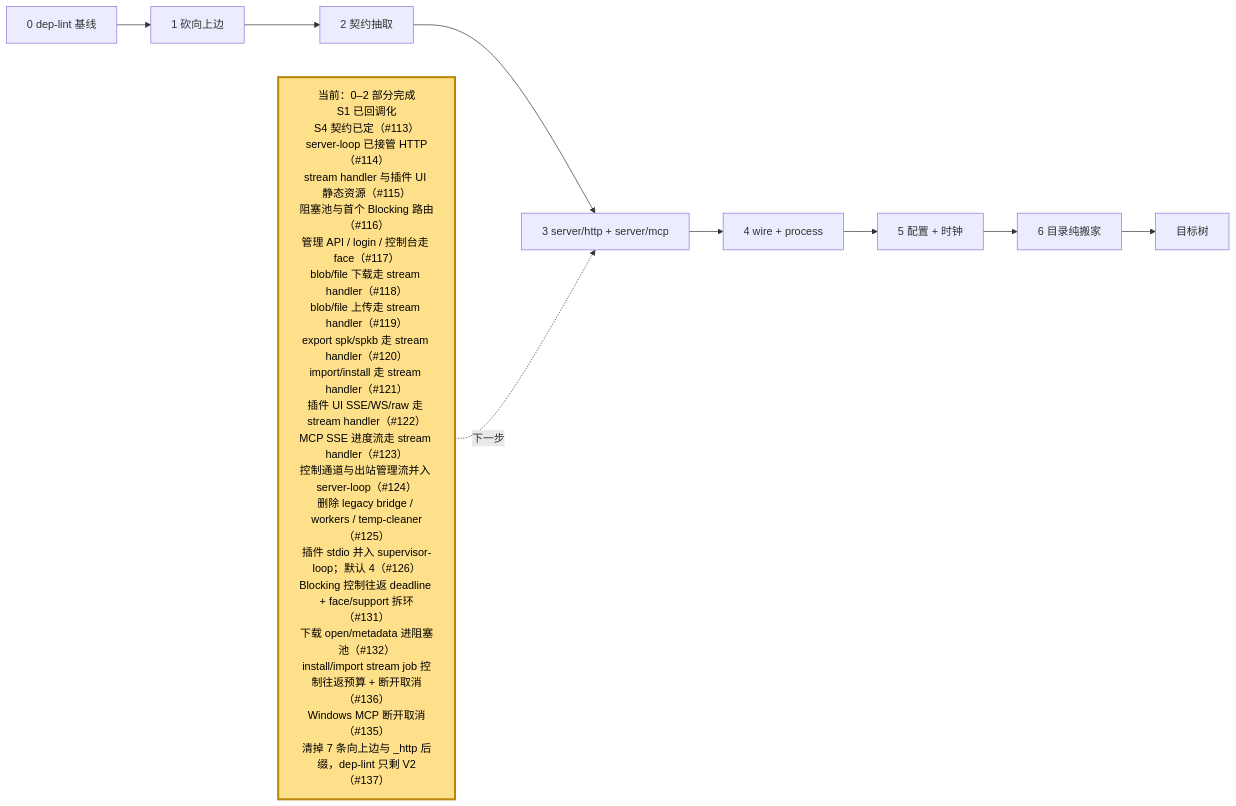
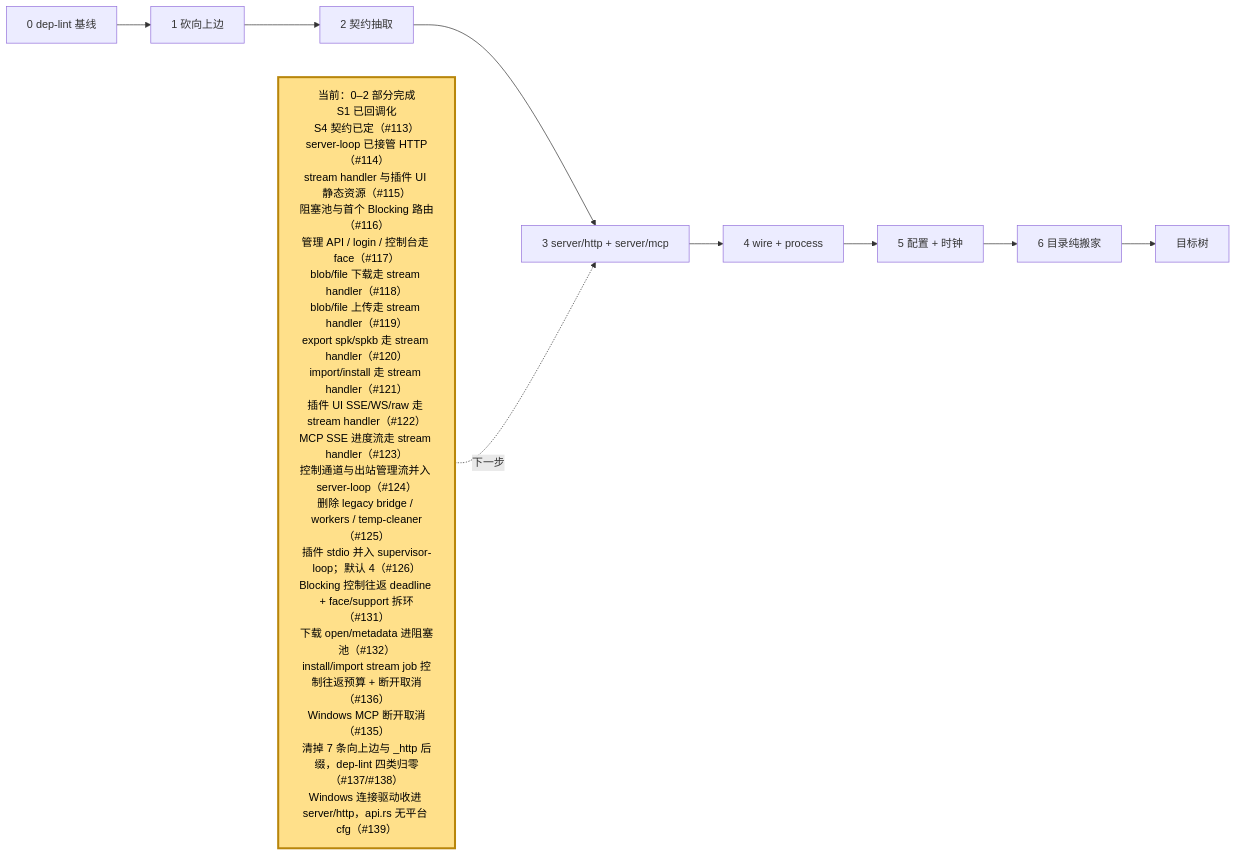
One commit to webxxxxx/plugin-manager changed the fifth of 5 diagrams in docs/architecture.md. Above: the diagram before and after it, drawn with Mermaid. The commit also changed other lines of this file and 11 other files, not shown here.

First line of the commit message:
refactor(server): Windows 驱动搬进 server/http，api.rs 去平台叉（#139）

````diff
--- a/docs/architecture.md
+++ b/docs/architecture.md
@@ -379,15 +379,15 @@
 ```mermaid
 flowchart LR
     S0["0 dep-lint 基线"] --> S1["1 砍向上边"]
     S1 --> S2["2 契约抽取"]
     S2 --> S3["3 server/http + server/mcp"]
     S3 --> S4["4 wire + process"]
     S4 --> S5["5 配置 + 时钟"]
     S5 --> S6["6 目录纯搬家"]
     S6 --> DONE["目标树"]
 
-    NOW["当前：0–2 部分完成<br/>S1 已回调化<br/>S4 契约已定（#113）<br/>server-loop 已接管 HTTP（#114）<br/>stream handler 与插件 UI 静态资源（#115）<br/>阻塞池与首个 Blocking 路由（#116）<br/>管理 API / login / 控制台走 face（#117）<br/>blob/file 下载走 stream handler（#118）<br/>blob/file 上传走 stream handler（#119）<br/>export spk/spkb 走 stream handler（#120）<br/>import/install 走 stream handler（#121）<br/>插件 UI SSE/WS/raw 走 stream handler（#122）<br/>MCP SSE 进度流走 stream handler（#123）<br/>控制通道与出站管理流并入 server-loop（#124）<br/>删除 legacy bridge / workers / temp-cleaner（#125）<br/>插件 stdio 并入 supervisor-loop；默认 4（#126）<br/>Blocking 控制往返 deadline + face/support 拆环（#131）<br/>下载 open/metadata 进阻塞池（#132）<br/>install/import stream job 控制往返预算 + 断开取消（#136）<br/>Windows MCP 断开取消（#135）<br/>清掉 7 条向上边与 _http 后缀，dep-lint 只剩 V2（#137）"]:::current
+    NOW["当前：0–2 部分完成<br/>S1 已回调化<br/>S4 契约已定（#113）<br/>server-loop 已接管 HTTP（#114）<br/>stream handler 与插件 UI 静态资源（#115）<br/>阻塞池与首个 Blocking 路由（#116）<br/>管理 API / login / 控制台走 face（#117）<br/>blob/file 下载走 stream handler（#118）<br/>blob/file 上传走 stream handler（#119）<br/>export spk/spkb 走 stream handler（#120）<br/>import/install 走 stream handler（#121）<br/>插件 UI SSE/WS/raw 走 stream handler（#122）<br/>MCP SSE 进度流走 stream handler（#123）<br/>控制通道与出站管理流并入 server-loop（#124）<br/>删除 legacy bridge / workers / temp-cleaner（#125）<br/>插件 stdio 并入 supervisor-loop；默认 4（#126）<br/>Blocking 控制往返 deadline + face/support 拆环（#131）<br/>下载 open/metadata 进阻塞池（#132）<br/>install/import stream job 控制往返预算 + 断开取消（#136）<br/>Windows MCP 断开取消（#135）<br/>清掉 7 条向上边与 _http 后缀，dep-lint 四类归零（#137/#138）<br/>Windows 连接驱动收进 server/http，api.rs 无平台 cfg（#139）"]:::current
     NOW -.->|下一步| S3
 
     classDef current fill:#ffe08a,stroke:#b8860b,stroke-width:3px,color:#000
 ```
````
